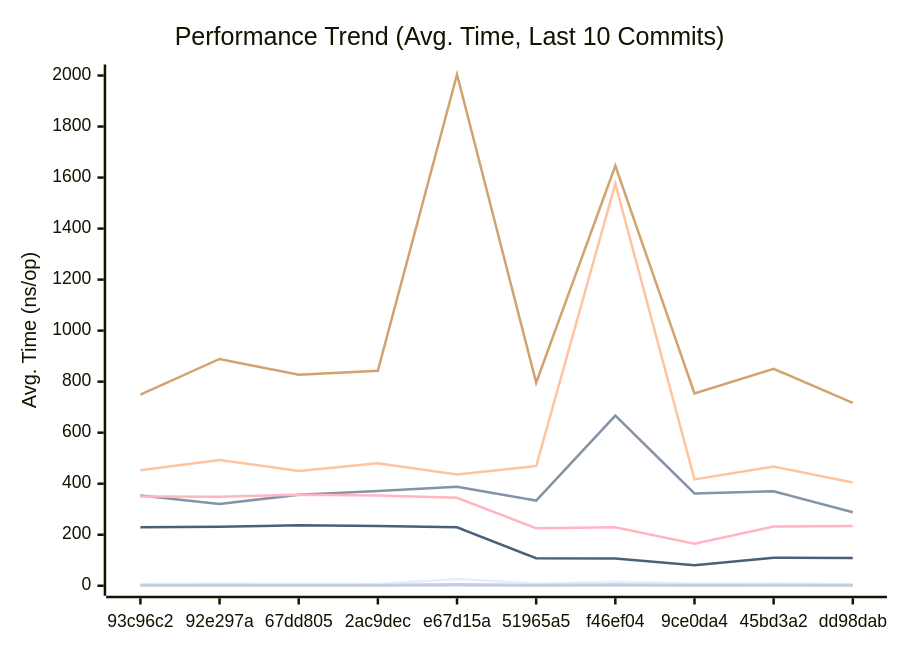
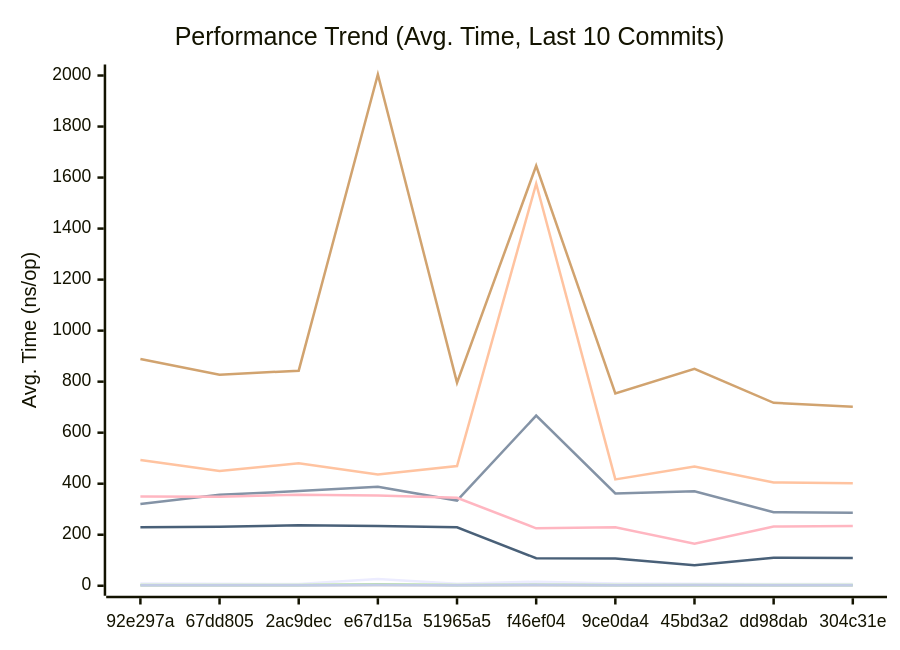
Before and after one commit to alsotoes/momo: the first of 3 diagrams in docs/PERFORMANCE.md, drawn with Mermaid. The commit also changed other lines of this file and 6 other files, not shown here.

````diff
--- a/docs/PERFORMANCE.md
+++ b/docs/PERFORMANCE.md
@@ -80,16 +80,16 @@
 ```mermaid
 xychart-beta
     title "Performance Trend (Avg. Time, Last 10 Commits)"
     x-axis "Commit"
     y-axis "Avg. Time (ns/op)"
-    x-axis [93c96c2,92e297a,67dd805,2ac9dec,e67d15a,51965a5,f46ef04,9ce0da4,45bd3a2,dd98dab]
-    line "CheckMetricsAndSwap" [7,9,8,7,26,8,16,9,8,7]
-    line "CrushOptimized" [354,320,357,371,388,334,667,362,370,288]
-    line "CrushOriginal" [453,493,450,480,436,469,1576,417,467,405]
-    line "IndexDirectTracking" [0,0,0,0,1,0,0,0,0,0]
-    line "IndexSearch" [3,3,3,3,6,3,4,3,3,3]
-    line "LoadGlobalConfig" [749,889,827,843,2004,796,1646,754,850,717]
-    line "PadString" [2,2,2,2,4,2,4,2,3,2]
+    x-axis [92e297a,67dd805,2ac9dec,e67d15a,51965a5,f46ef04,9ce0da4,45bd3a2,dd98dab,304c31e]
+    line "CheckMetricsAndSwap" [9,8,7,26,8,16,9,8,7,7]
+    line "CrushOptimized" [320,357,371,388,334,667,362,370,288,286]
+    line "CrushOriginal" [493,450,480,436,469,1576,417,467,405,402]
+    line "IndexDirectTracking" [0,0,0,1,0,0,0,0,0,0]
+    line "IndexSearch" [3,3,3,6,3,4,3,3,3,3]
+    line "LoadGlobalConfig" [889,827,843,2004,796,1646,754,850,717,702]
+    line "PadString" [2,2,2,4,2,4,2,3,2,2]
     line "ParseReplicationOrder_NoPrealloc" [350,349,357,354,345,225,229,165,232,234]
     line "ParseReplicationOrder_Prealloc" [229,231,237,234,229,108,107,80,110,109]
 ```
````
